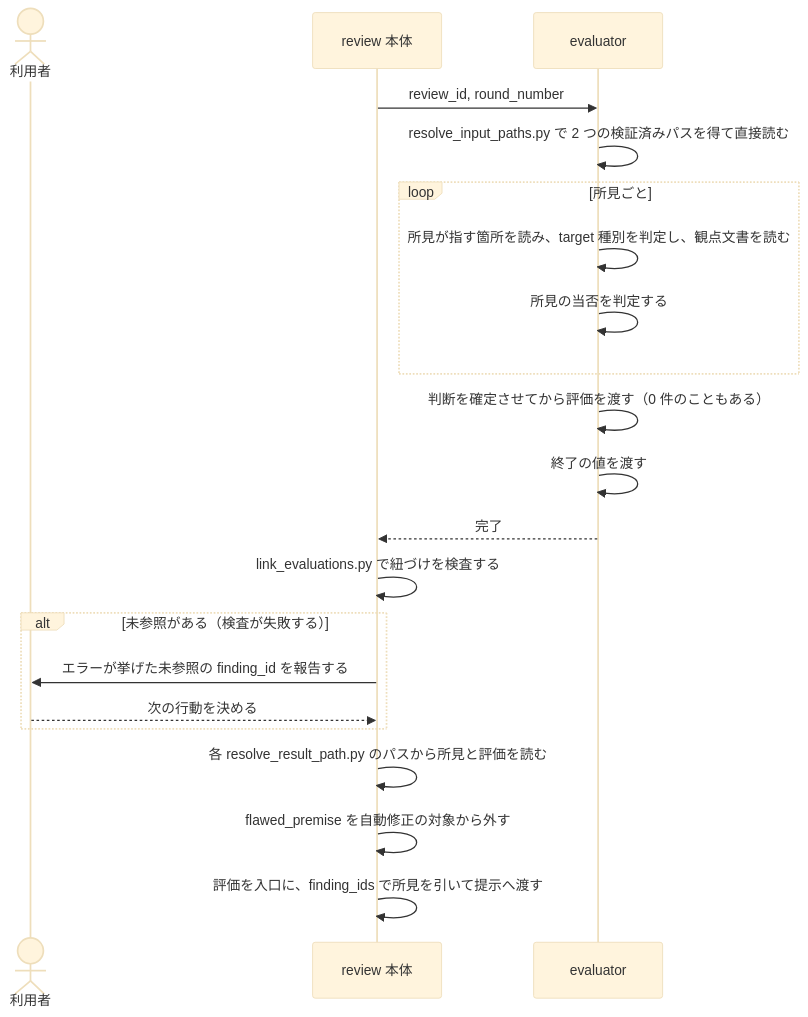
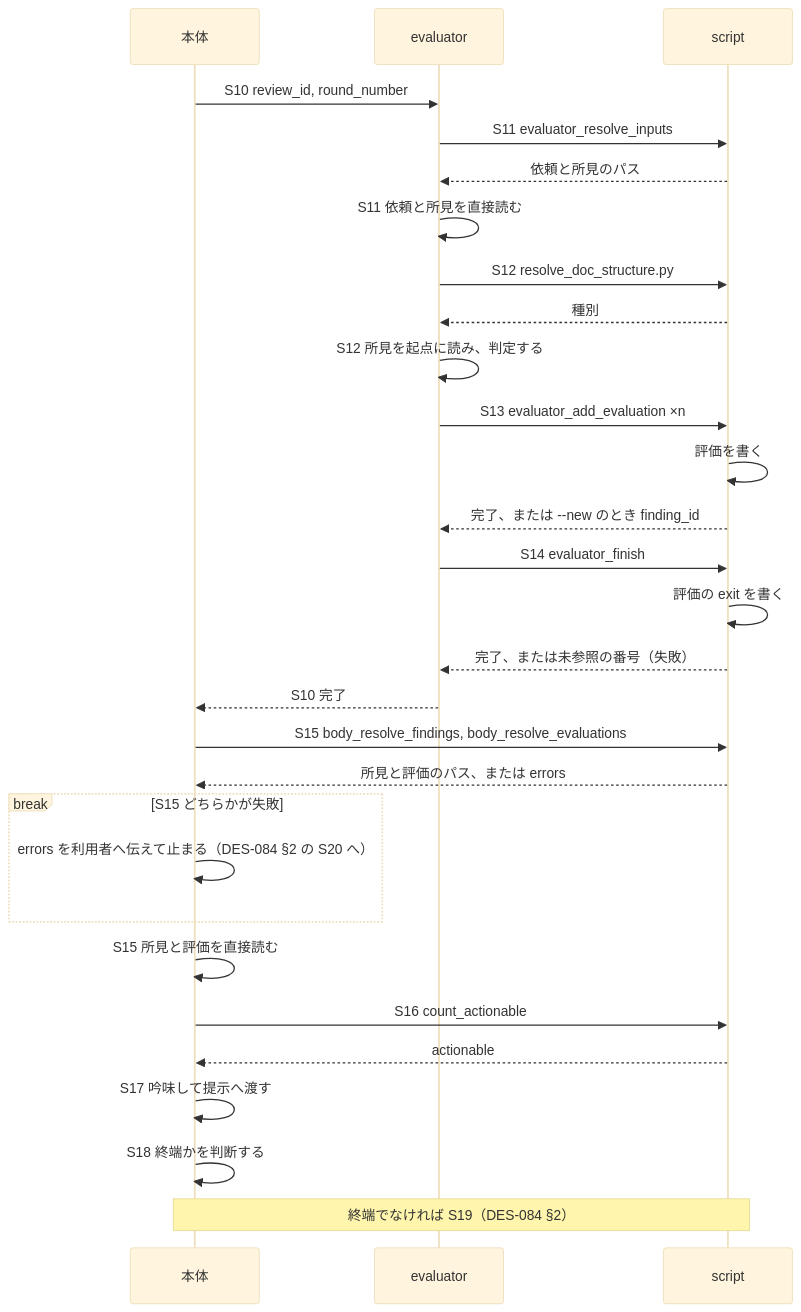
The first of 2 diagrams in docs/specs/review/design/DES-083_evaluator_perspective_design.md (BlueEventHorizon/bw-cc-plugins), drawn with Mermaid (base theme) before and after one commit. The commit also changed other lines of this file and 4 other files, not shown here.

````diff
--- a/docs/specs/review/design/DES-083_evaluator_perspective_design.md
+++ b/docs/specs/review/design/DES-083_evaluator_perspective_design.md
@@ -30,24 +38,32 @@
 ```mermaid
 sequenceDiagram
-    actor Human as 利用者
-    participant Body as review 本体
+    participant Body as 本体
     participant E as evaluator
+    participant Sc as script
 
-    Body->>E: review_id, round_number
-    E->>E: resolve_input_paths.py で 2 つの検証済みパスを得て直接読む
-    loop 所見ごと
-        E->>E: 所見が指す箇所を読み、target 種別を判定し、観点文書を読む
-        E->>E: 所見の当否を判定する
+    Body->>E: S10 review_id, round_number
+    E->>Sc: S11 evaluator_resolve_inputs
+    Sc-->>E: 依頼と所見のパス
+    E->>E: S11 依頼と所見を直接読む
+    E->>Sc: S12 resolve_doc_structure.py
+    Sc-->>E: 種別
+    E->>E: S12 所見を起点に読み、判定する
+    E->>Sc: S13 evaluator_add_evaluation ×n
+    Sc->>Sc: 評価を書く
+    Sc-->>E: 完了、または --new のとき finding_id
+    E->>Sc: S14 evaluator_finish
+    Sc->>Sc: 評価の exit を書く
+    Sc-->>E: 完了、または未参照の番号（失敗）
+    E-->>Body: S10 完了
+    Body->>Sc: S15 body_resolve_findings, body_resolve_evaluations
+    Sc-->>Body: 所見と評価のパス、または errors
+    break S15 どちらかが失敗
+        Body->>Body: errors を利用者へ伝えて止まる（DES-084 §2 の S20 へ）
     end
-    E->>E: 判断を確定させてから評価を渡す（0 件のこともある）
-    E->>E: 終了の値を渡す
-    E-->>Body: 完了
-    Body->>Body: link_evaluations.py で紐づけを検査する
-    alt 未参照がある（検査が失敗する）
-        Body->>Human: エラーが挙げた未参照の finding_id を報告する
-        Human-->>Body: 次の行動を決める
-    end
-    Body->>Body: 各 resolve_result_path.py のパスから所見と評価を読む
-    Body->>Body: flawed_premise を自動修正の対象から外す
-    Body->>Body: 評価を入口に、finding_ids で所見を引いて提示へ渡す
+    Body->>Body: S15 所見と評価を直接読む
+    Body->>Sc: S16 count_actionable
+    Sc-->>Body: actionable
+    Body->>Body: S17 吟味して提示へ渡す
+    Body->>Body: S18 終端かを判断する
+    Note over Body,Sc: 終端でなければ S19（DES-084 §2）
 ```
````
